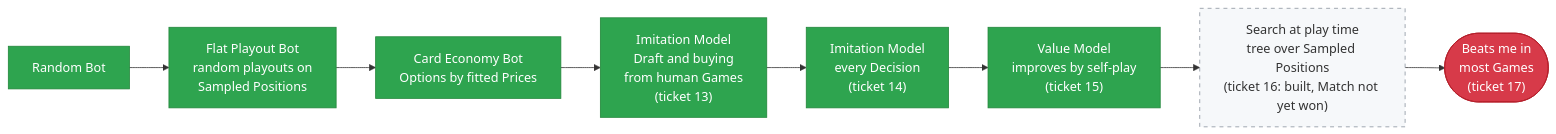
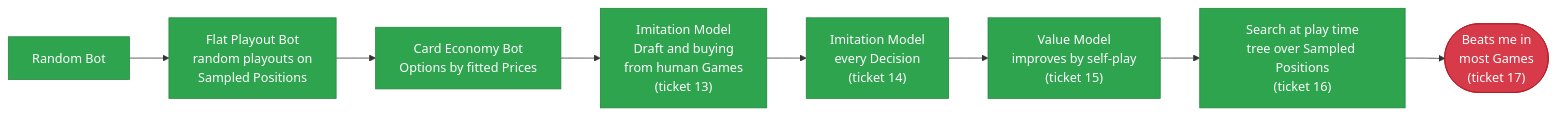
Before and after one commit to niels32167/tfm-with-bots: the seventh of 7 diagrams in README.md, drawn with Mermaid. The commit also changed other lines of this file and 2 other files, not shown here.

Commit message:
Ticket 16: box 3 met with a better-calibrated warm-start Value Model (57.0%)

````diff
--- a/README.md
+++ b/README.md
@@ -412,13 +413,13 @@
 ```mermaid
 flowchart LR
     R["Random Bot"]:::done --> F["Flat Playout Bot<br/>random playouts on<br/>Sampled Positions"]:::done
     F --> C["Card Economy Bot<br/>Options by fitted Prices"]:::done
     C --> I["Imitation Model<br/>Draft and buying<br/>from human Games<br/>(ticket 13)"]:::done
     I --> I2["Imitation Model<br/>every Decision<br/>(ticket 14)"]:::done
     I2 --> V["Value Model<br/>improves by self-play<br/>(ticket 15)"]:::done
-    V --> S["Search at play time<br/>tree over Sampled Positions<br/>(ticket 16: built, Match not yet won)"]:::todo
+    V --> S["Search at play time<br/>tree over Sampled Positions<br/>(ticket 16)"]:::done
     S --> H(["Beats me in<br/>most Games<br/>(ticket 17)"]):::goal
     classDef done fill:#2ea44f,color:#fff,stroke:#22863a
     classDef todo fill:#f6f8fa,stroke:#8b949e,stroke-dasharray: 5 5
     classDef goal fill:#d73a49,color:#fff,stroke:#b31d28
 ```
````
